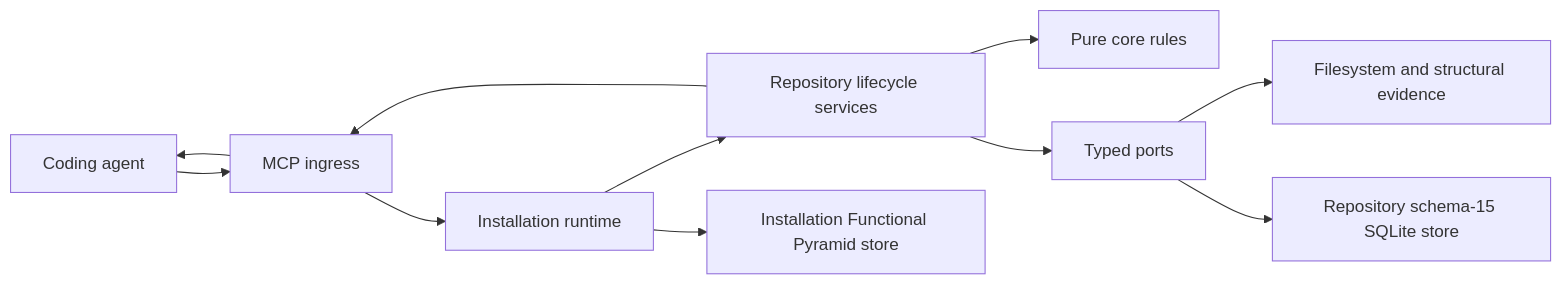
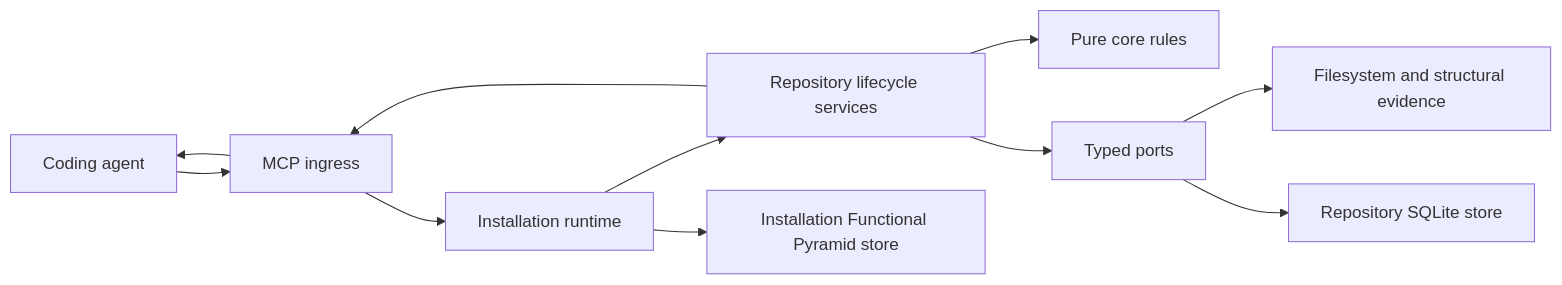
One commit to pontivus-com/span changed the diagram in docs/architecture.md. Above: the diagram before and after it, drawn with Mermaid. The commit also changed other lines of this file and 6 other files, not shown here.

Commit message:
docs: reconcile architecture gates, delivery recovery and implementation cutover

````diff
--- a/docs/architecture.md
+++ b/docs/architecture.md
@@ -5,13 +5,13 @@
 ```mermaid
 flowchart LR
   A[Coding agent] --> M[MCP ingress]
   M --> I[Installation runtime]
   I --> S[Repository lifecycle services]
   S --> C[Pure core rules]
   S --> P[Typed ports]
   P --> E[Filesystem and structural evidence]
-  P --> D[Repository schema-15 SQLite store]
+  P --> D[Repository SQLite store]
   I --> F[Installation Functional Pyramid store]
   S --> M
   M --> A
 ```
````
